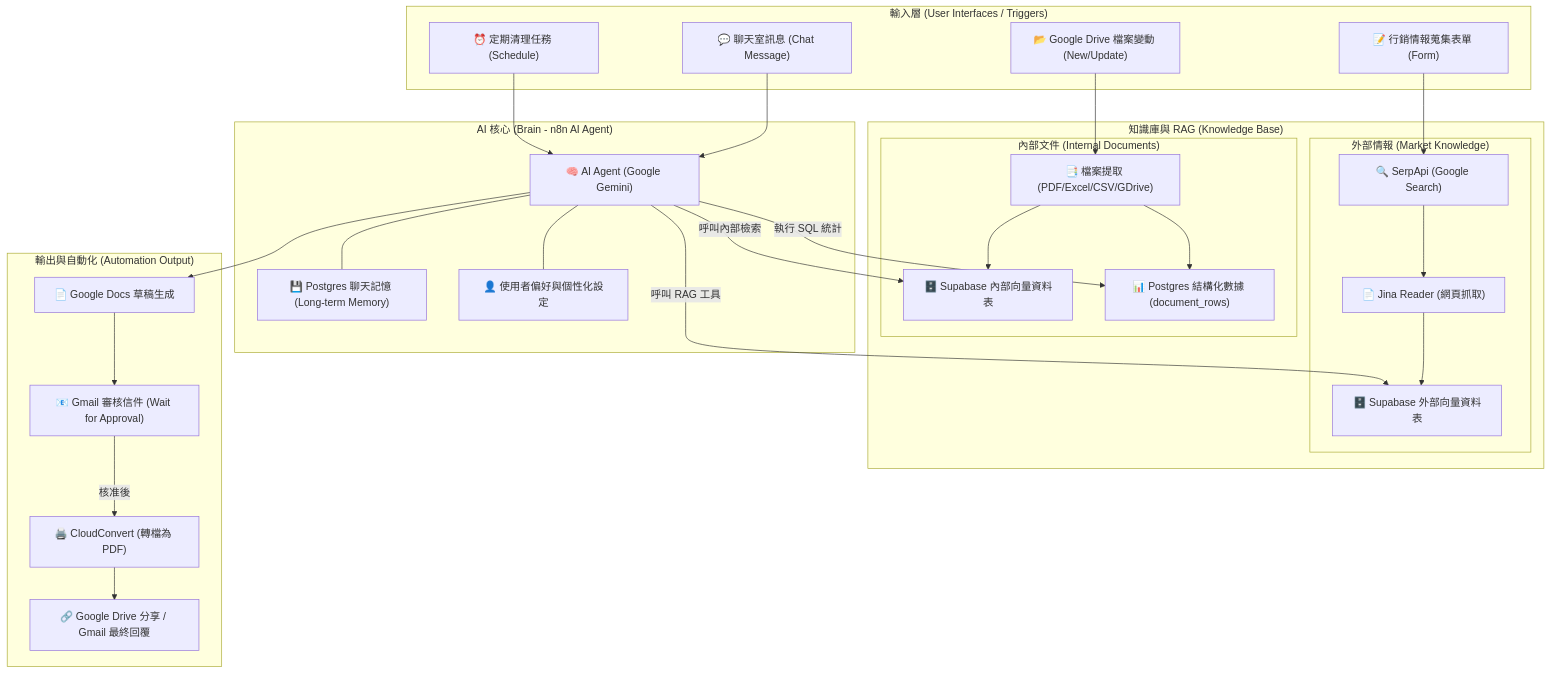
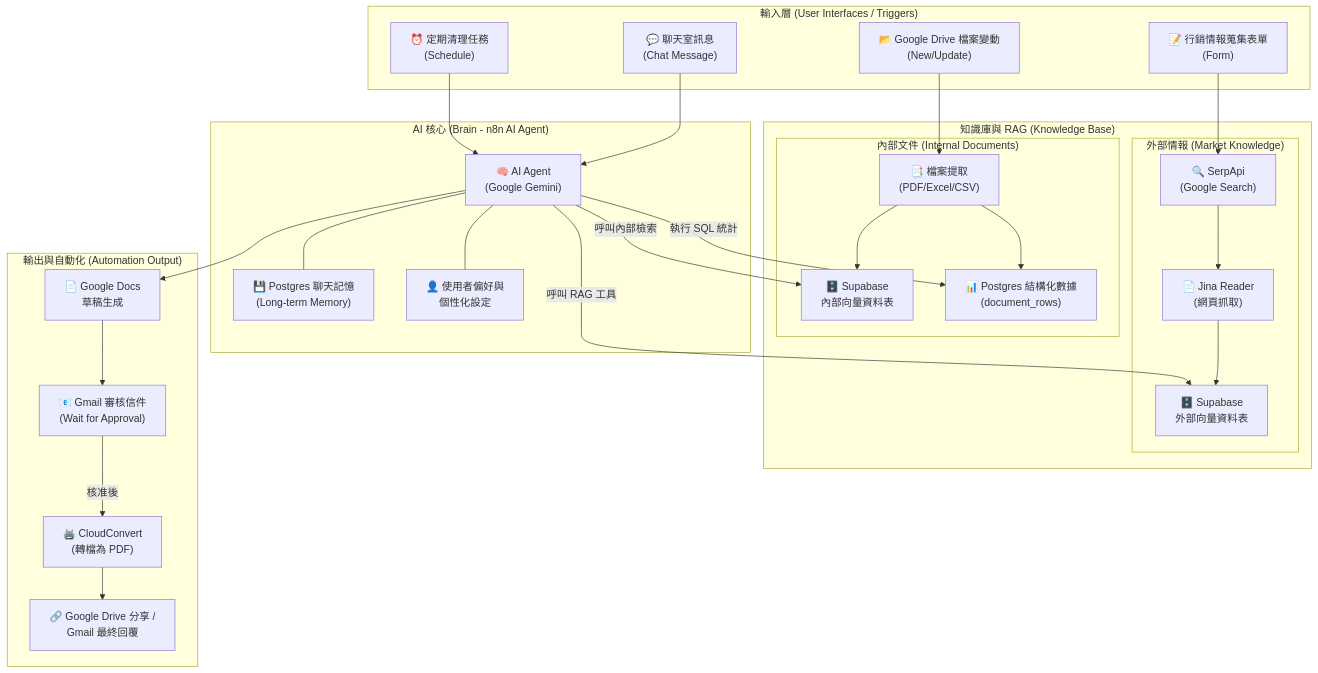
The diagram in 系統架構圖.md (zombie942018/groupwork), drawn with Mermaid before and after one commit.

````diff
--- a/系統架構圖.md
+++ b/系統架構圖.md
@@ -1,55 +1,55 @@
 ```mermaid
 graph TD
     subgraph "輸入層 (User Interfaces / Triggers)"
-        ChatTrigger["💬 聊天室訊息 (Chat Message)"]
-        GDriveTrigger["📂 Google Drive 檔案變動 (New/Update)"]
-        FormTrigger["📝 行銷情報蒐集表單 (Form)"]
-        ScheduleTrigger["⏰ 定期清理任務 (Schedule)"]
+        ChatTrigger["💬 聊天室訊息<br>(Chat Message)"]
+        GDriveTrigger["📂 Google Drive 檔案變動<br>(New/Update)"]
+        FormTrigger["📝 行銷情報蒐集表單<br>(Form)"]
+        ScheduleTrigger["⏰ 定期清理任務<br>(Schedule)"]
     end
 
     subgraph "AI 核心 (Brain - n8n AI Agent)"
-        Agent["🧠 AI Agent (Google Gemini)"]
-        Memory["💾 Postgres 聊天記憶 (Long-term Memory)"]
-        UserPref["👤 使用者偏好與個性化設定"]
+        Agent["🧠 AI Agent<br>(Google Gemini)"]
+        Memory["💾 Postgres 聊天記憶<br>(Long-term Memory)"]
+        UserPref["👤 使用者偏好與<br>個性化設定"]
         Agent --- Memory
         Agent --- UserPref
     end
 
     subgraph "知識庫與 RAG (Knowledge Base)"
         subgraph "外部情報 (Market Knowledge)"
-            SerpApi["🔍 SerpApi (Google Search)"]
-            JinaReader["📄 Jina Reader (網頁抓取)"]
-            ExtVector["🗄️ Supabase 外部向量資料表"]
+            SerpApi["🔍 SerpApi<br>(Google Search)"]
+            JinaReader["📄 Jina Reader<br>(網頁抓取)"]
+            ExtVector["🗄️ Supabase<br>外部向量資料表"]
         end
 
         subgraph "內部文件 (Internal Documents)"
-            ExtFromFile["📑 檔案提取 (PDF/Excel/CSV/GDrive)"]
-            IntVector["🗄️ Supabase 內部向量資料表"]
-            SQLData["📊 Postgres 結構化數據 (document_rows)"]
+            ExtFromFile["📑 檔案提取<br>(PDF/Excel/CSV)"]
+            IntVector["🗄️ Supabase<br>內部向量資料表"]
+            SQLData["📊 Postgres 結構化數據<br>(document_rows)"]
         end
     end
 
     subgraph "輸出與自動化 (Automation Output)"
-        GDoc["📄 Google Docs 草稿生成"]
-        Approval["📧 Gmail 審核信件 (Wait for Approval)"]
-        PDFConv["🖨️ CloudConvert (轉檔為 PDF)"]
-        FinalShare["🔗 Google Drive 分享 / Gmail 最終回覆"]
+        GDoc["📄 Google Docs<br>草稿生成"]
+        Approval["📧 Gmail 審核信件<br>(Wait for Approval)"]
+        PDFConv["🖨️ CloudConvert<br>(轉檔為 PDF)"]
+        FinalShare["🔗 Google Drive 分享 /<br>Gmail 最終回覆"]
     end
 
     %% 連接關係
     ChatTrigger --> Agent
     GDriveTrigger --> ExtFromFile
     FormTrigger --> SerpApi
     
     SerpApi --> JinaReader --> ExtVector
     ExtFromFile --> IntVector
     ExtFromFile --> SQLData
     
     Agent -- "呼叫 RAG 工具" --> ExtVector
     Agent -- "呼叫內部檢索" --> IntVector
     Agent -- "執行 SQL 統計" --> SQLData
     
     Agent --> GDoc --> Approval
     Approval -- "核准後" --> PDFConv --> FinalShare
     ScheduleTrigger --> Agent
 ```
````
